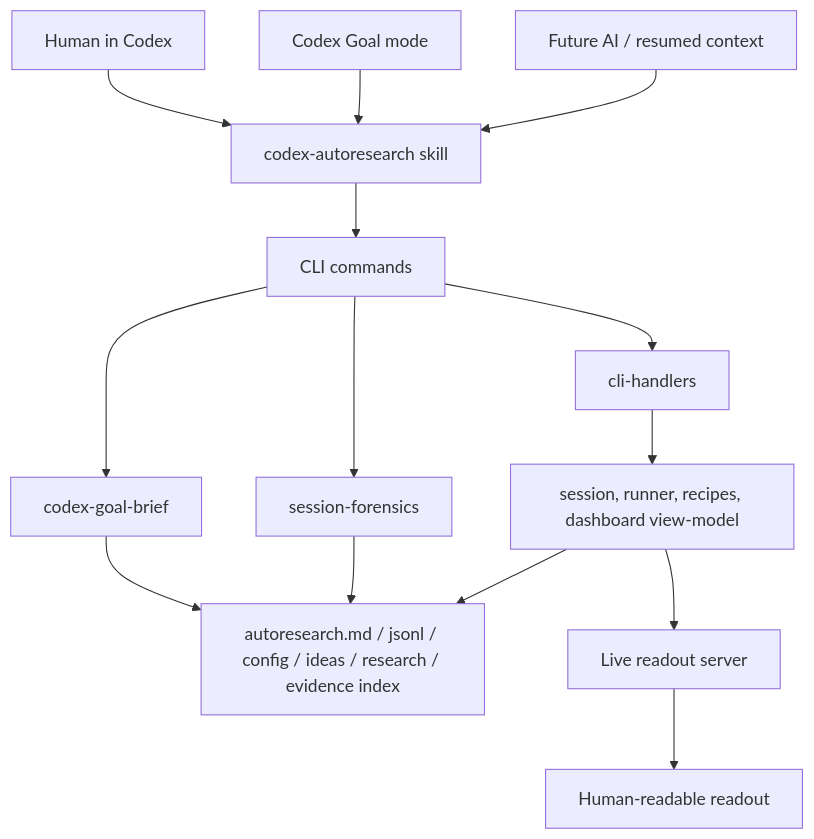
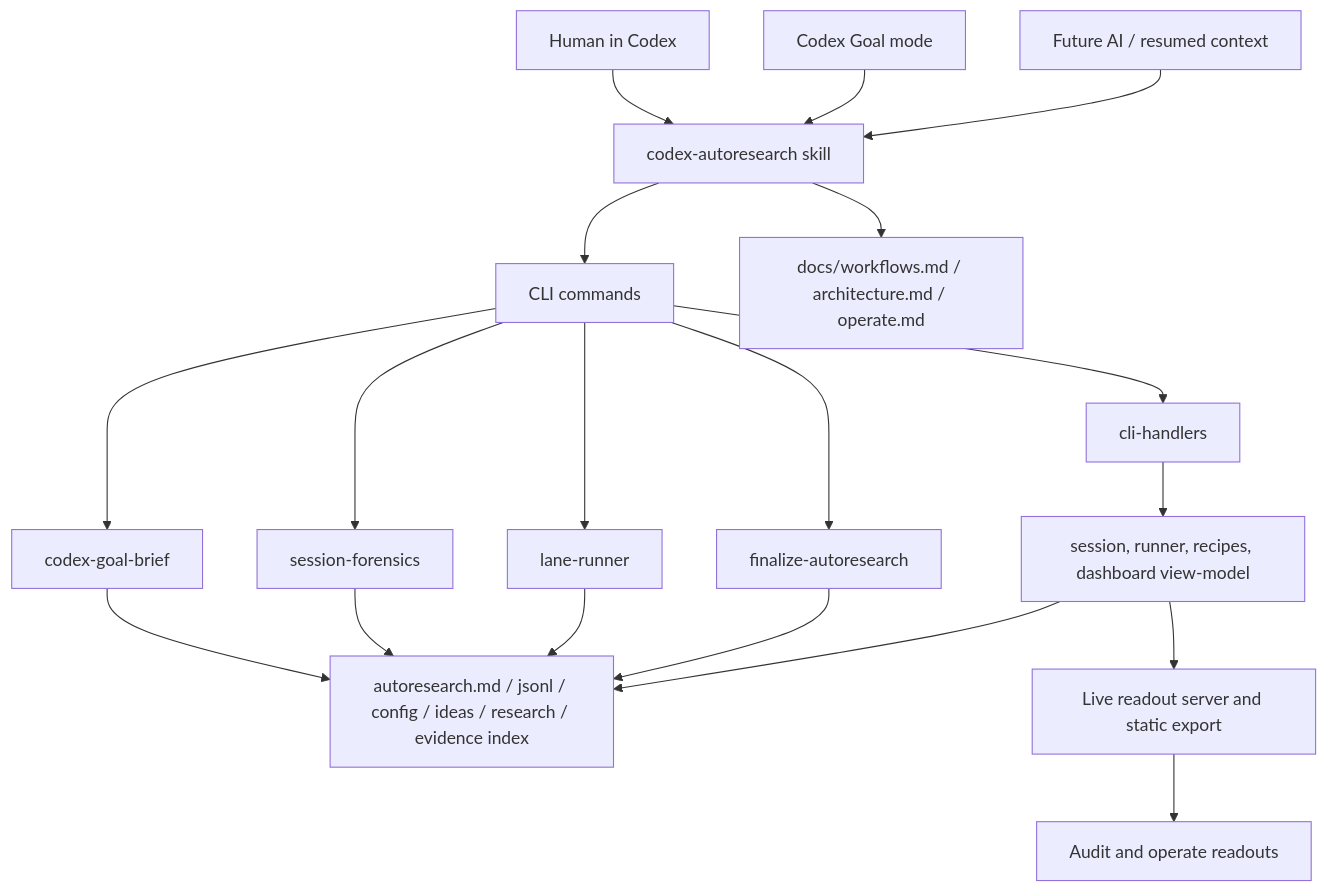
Before and after one commit to TheGreenCedar/codex-autoresearch: the first of 8 diagrams in plugins/codex-autoresearch/docs/architecture.md, drawn with Mermaid. The commit also changed other lines of this file and 17 other files, not shown here.

````diff
--- a/plugins/codex-autoresearch/docs/architecture.md
+++ b/plugins/codex-autoresearch/docs/architecture.md
@@ -7,16 +7,21 @@
 ```mermaid
 flowchart TD
   U["Human in Codex"] --> S["codex-autoresearch skill"]
   Goal["Codex Goal mode"] --> S
   A["Future AI / resumed context"] --> S
   S --> CLI["CLI commands"]
+  S --> SkillDocs["docs/workflows.md / architecture.md / operate.md"]
   CLI --> GoalBridge["codex-goal-brief"]
   CLI --> Forensics["session-forensics"]
+  CLI --> LaneRunner["lane-runner"]
+  CLI --> Finalizer["finalize-autoresearch"]
   CLI --> H["cli-handlers"]
   GoalBridge --> Files
   Forensics --> Files
+  LaneRunner --> Files
+  Finalizer --> Files
   H --> Core["session, runner, recipes, dashboard view-model"]
   Core --> Files["autoresearch.md / jsonl / config / ideas / research / evidence index"]
-  Core --> Dash["Live readout server"]
-  Dash --> Browser["Human-readable readout"]
+  Core --> Dash["Live readout server and static export"]
+  Dash --> Browser["Audit and operate readouts"]
 ```
````
